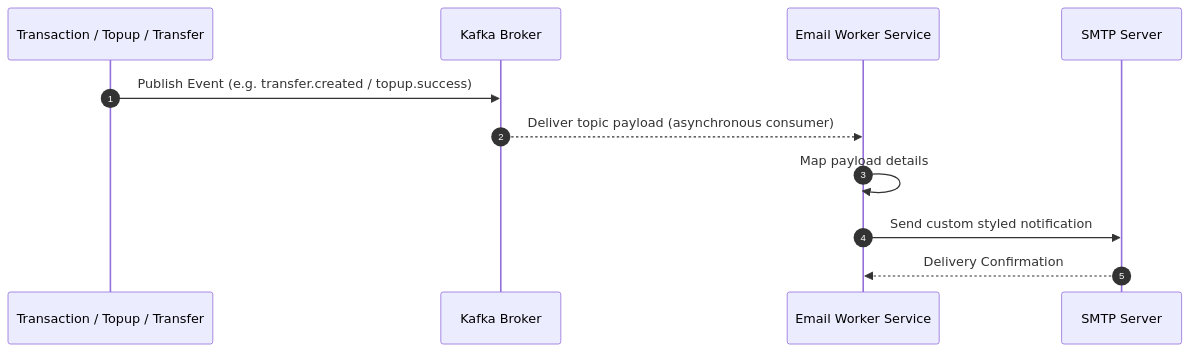
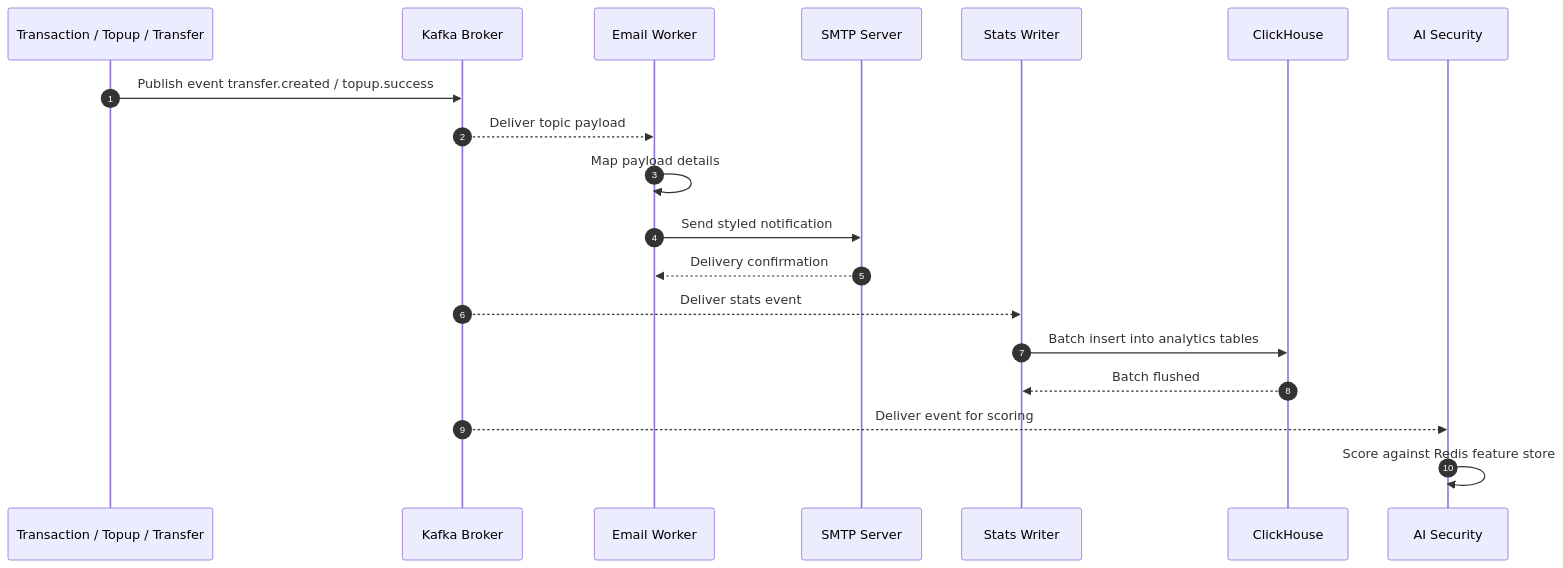
Before and after one commit to MamangRust/microservice-payment-gateway-gorm: the ninth of 15 diagrams in README.md, drawn with Mermaid. The commit also changed other lines of this file and 545 other files, not shown here.

````diff
--- a/README.md
+++ b/README.md
@@ -327,14 +614,22 @@
 ```mermaid
 sequenceDiagram
     autonumber
     participant SVC as Transaction / Topup / Transfer
     participant K as Kafka Broker
-    participant EMAIL as Email Worker Service
+    participant EMAIL as Email Worker
     participant SMTP as SMTP Server
+    participant WRITER as Stats Writer
+    participant CH as ClickHouse
+    participant AIS as AI Security
 
-    SVC->>K: Publish Event (e.g. transfer.created / topup.success)
-    K-->>EMAIL: Deliver topic payload (asynchronous consumer)
+    SVC->>K: Publish event transfer.created / topup.success
+    K-->>EMAIL: Deliver topic payload
     EMAIL->>EMAIL: Map payload details
-    EMAIL->>SMTP: Send custom styled notification
-    SMTP-->>EMAIL: Delivery Confirmation
+    EMAIL->>SMTP: Send styled notification
+    SMTP-->>EMAIL: Delivery confirmation
+    K-->>WRITER: Deliver stats event
+    WRITER->>CH: Batch insert into analytics tables
+    CH-->>WRITER: Batch flushed
+    K-->>AIS: Deliver event for scoring
+    AIS->>AIS: Score against Redis feature store
 ```
````
